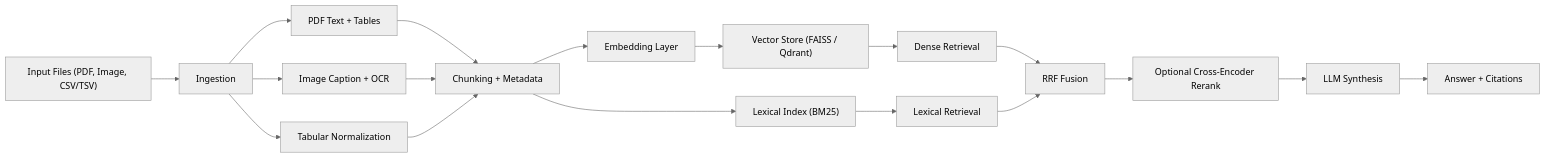
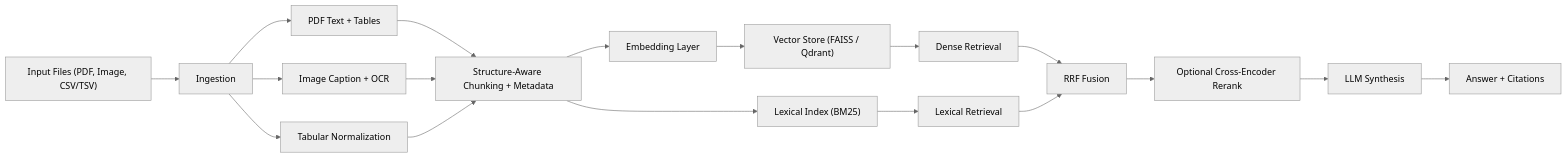
One commit to ajithhraj/Ragora changed the diagram in README.md. Above: the diagram before and after it, drawn with Mermaid (neutral theme). The commit also changed other lines of this file and 5 other files, not shown here.

Commit message:
feat: add layout-aware pdf parsing and structure-aware chunking

````diff
--- a/README.md
+++ b/README.md
@@ -33,20 +34,20 @@
 ```mermaid
 flowchart LR
     A["Input Files (PDF, Image, CSV/TSV)"] --> B["Ingestion"]
     B --> B1["PDF Text + Tables"]
     B --> B2["Image Caption + OCR"]
     B --> B3["Tabular Normalization"]
-    B1 --> C["Chunking + Metadata"]
+    B1 --> C["Structure-Aware Chunking + Metadata"]
     B2 --> C
     B3 --> C
     C --> D["Embedding Layer"]
     D --> E["Vector Store (FAISS / Qdrant)"]
     C --> F["Lexical Index (BM25)"]
     E --> G["Dense Retrieval"]
     F --> H["Lexical Retrieval"]
     G --> I["RRF Fusion"]
     H --> I
     I --> J["Optional Cross-Encoder Rerank"]
     J --> K["LLM Synthesis"]
     K --> L["Answer + Citations"]
 ```
````
